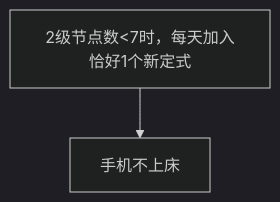
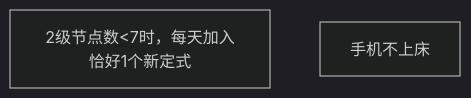
Before and after one commit to Ethkuil/RSIP-tree: the diagram in README.md, drawn with Mermaid (dark theme).

Commit message:
refactor: 消除不必要的依赖

````diff
--- a/README.md
+++ b/README.md
@@ -5,6 +5,6 @@
 ```mermaid
 graph TD
 
 0[2级节点数<7时，每天加入恰好1个新定式]
-0 --> 1[手机不上床]
+1[手机不上床]
 ```
````
